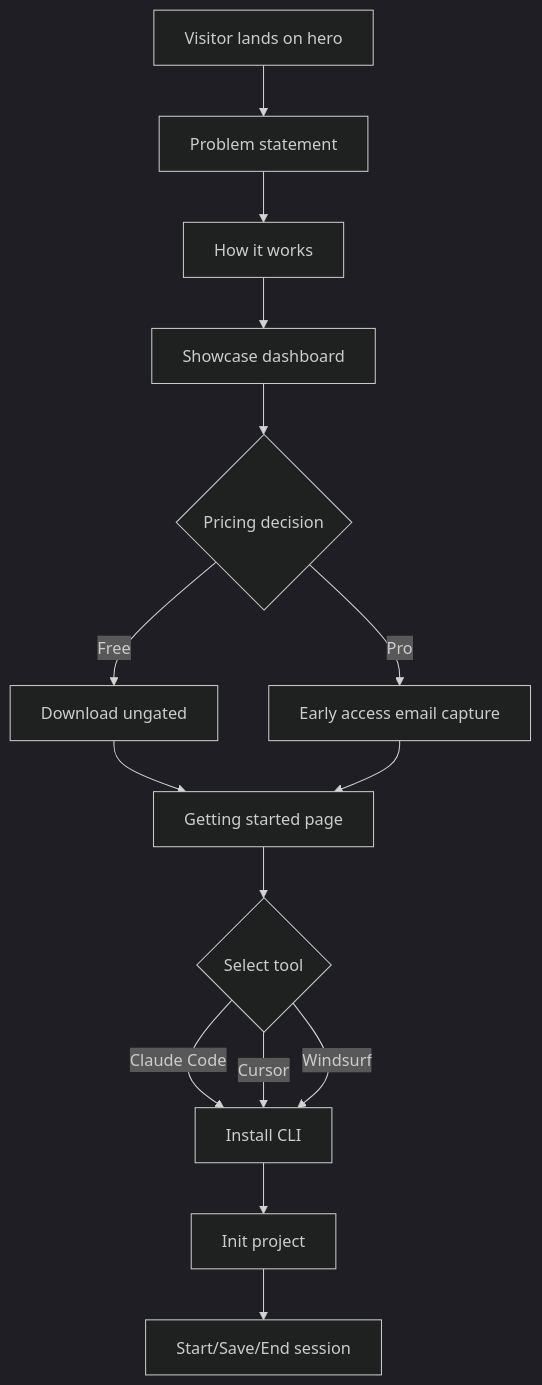
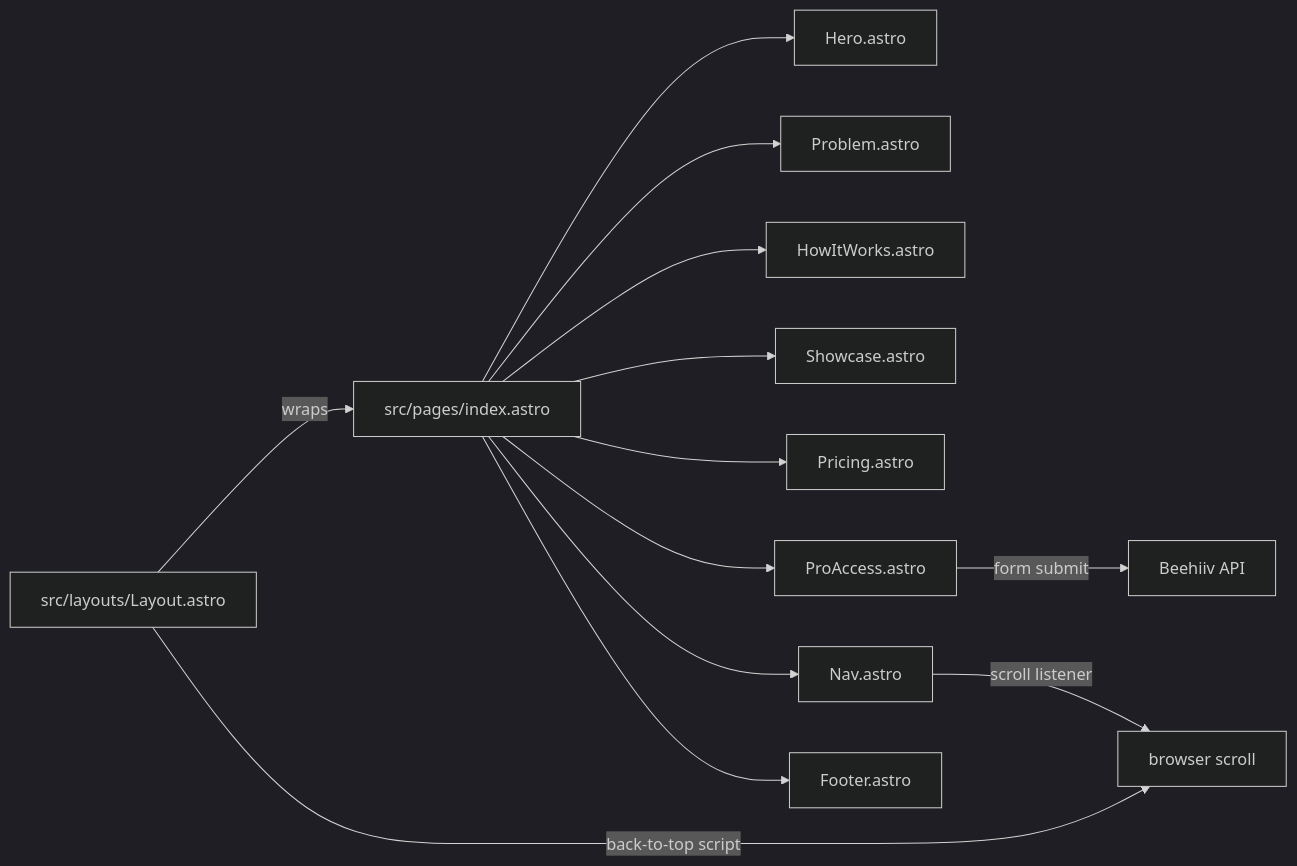
One commit to Kgard/Kylex changed the diagram in .lodestar.md. Above: the diagram before and after it, drawn with Mermaid (dark theme). The commit also changed other lines of this file, not shown here.

Commit message:
chore: update session context via lodestar end

````diff
--- a/.lodestar.md
+++ b/.lodestar.md
@@ -36,17 +36,15 @@
 ```mermaid
-graph TD
-  A[Visitor lands on hero] --> B[Problem statement]
-  B --> C[How it works]
-  C --> D[Showcase dashboard]
-  D --> E{Pricing decision}
-  E -->|Free| F[Download ungated]
-  E -->|Pro| G[Early access email capture]
-  F --> H[Getting started page]
-  G --> H
-  H --> I{Select tool}
-  I -->|Claude Code| J[Install CLI]
-  I -->|Cursor| J
-  I -->|Windsurf| J
-  J --> K[Init project]
-  K --> L[Start/Save/End session]
+graph LR
+  A[src/pages/index.astro] --> B[Hero.astro]
+  A --> C[Problem.astro]
+  A --> D[HowItWorks.astro]
+  A --> E[Showcase.astro]
+  A --> F[Pricing.astro]
+  A --> G[ProAccess.astro]
+  A --> H[Nav.astro]
+  A --> I[Footer.astro]
+  J[src/layouts/Layout.astro] -->|wraps| A
+  J -->|back-to-top script| K[browser scroll]
+  H -->|scroll listener| K
+  G -->|form submit| L[Beehiiv API]
 ```
````
